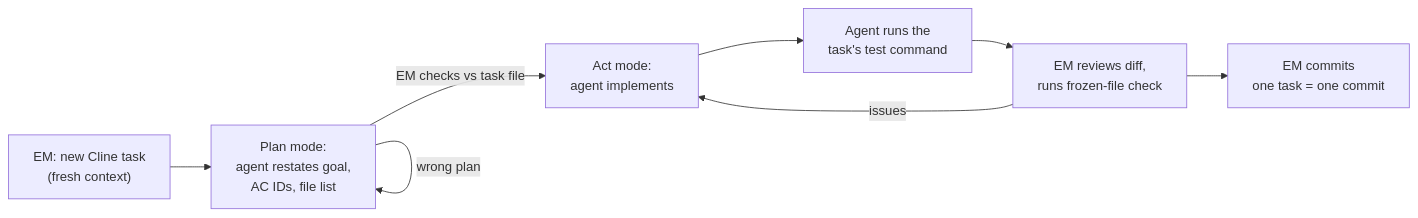
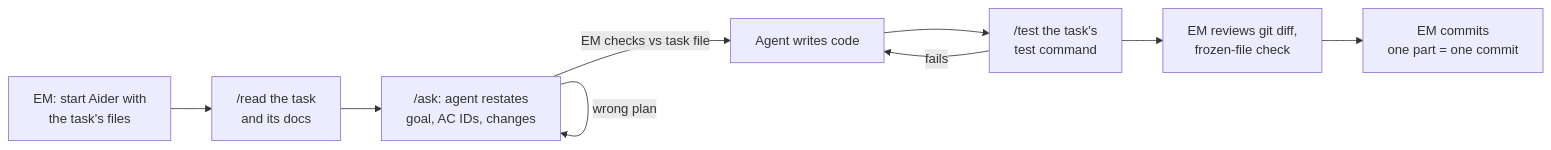
One commit to thanh-nhan/unified-service-scheduler changed the diagram in docs/tasks/README.md. Above: the diagram before and after it, drawn with Mermaid. The commit also changed other lines of this file and 21 other files, not shown here.

````diff
--- a/docs/tasks/README.md
+++ b/docs/tasks/README.md
@@ -10,10 +19,11 @@
 ```mermaid
 flowchart LR
-    A["EM: new Cline task<br/>(fresh context)"] --> B["Plan mode:<br/>agent restates goal,<br/>AC IDs, file list"]
-    B -->|"EM checks vs task file"| C["Act mode:<br/>agent implements"]
-    B -->|"wrong plan"| B
-    C --> D["Agent runs the<br/>task's test command"]
-    D --> E["EM reviews diff,<br/>runs frozen-file check"]
-    E -->|"issues"| C
-    E --> F["EM commits<br/>one task = one commit"]
+    A["EM: start Aider with<br/>the task's files"] --> B["/read the task<br/>and its docs"]
+    B --> C["/ask: agent restates<br/>goal, AC IDs, changes"]
+    C -->|"EM checks vs task file"| D["Agent writes code"]
+    C -->|"wrong plan"| C
+    D --> E["/test the task's<br/>test command"]
+    E -->|"fails"| D
+    E --> F["EM reviews git diff,<br/>frozen-file check"]
+    F --> G["EM commits<br/>one part = one commit"]
 ```
````
